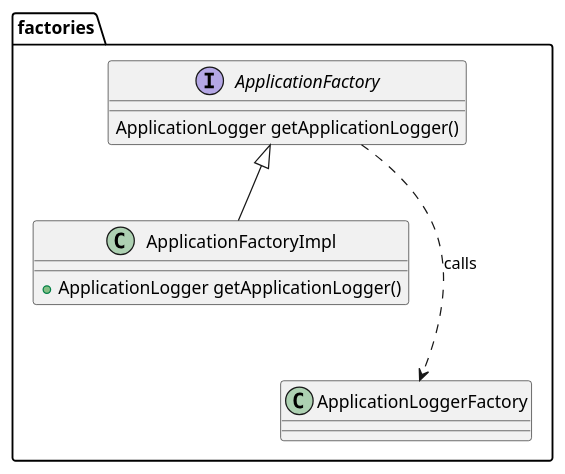
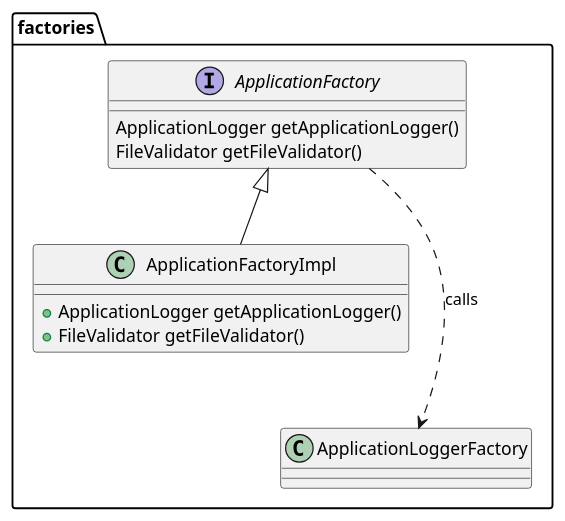
Before and after one commit to carricksoft/Hansen: the diagram in src/main/resources/Diagrams/Factory.puml, drawn with PlantUML. The commit also changed 42 other files, not shown here.

```diff
--- a/src/main/resources/Diagrams/Factory.puml
+++ b/src/main/resources/Diagrams/Factory.puml
@@ -1,19 +1,21 @@
 @startuml
 
 package factories {
 
 interface ApplicationFactory {
 ApplicationLogger getApplicationLogger()
+FileValidator getFileValidator()
 }
 
 class ApplicationFactoryImpl {
 +ApplicationLogger getApplicationLogger()
++FileValidator getFileValidator()
 }
 
 ApplicationFactory <|-- ApplicationFactoryImpl
 
 ApplicationFactory ...> ApplicationLoggerFactory: calls
 
 }
 
 @enduml
```
